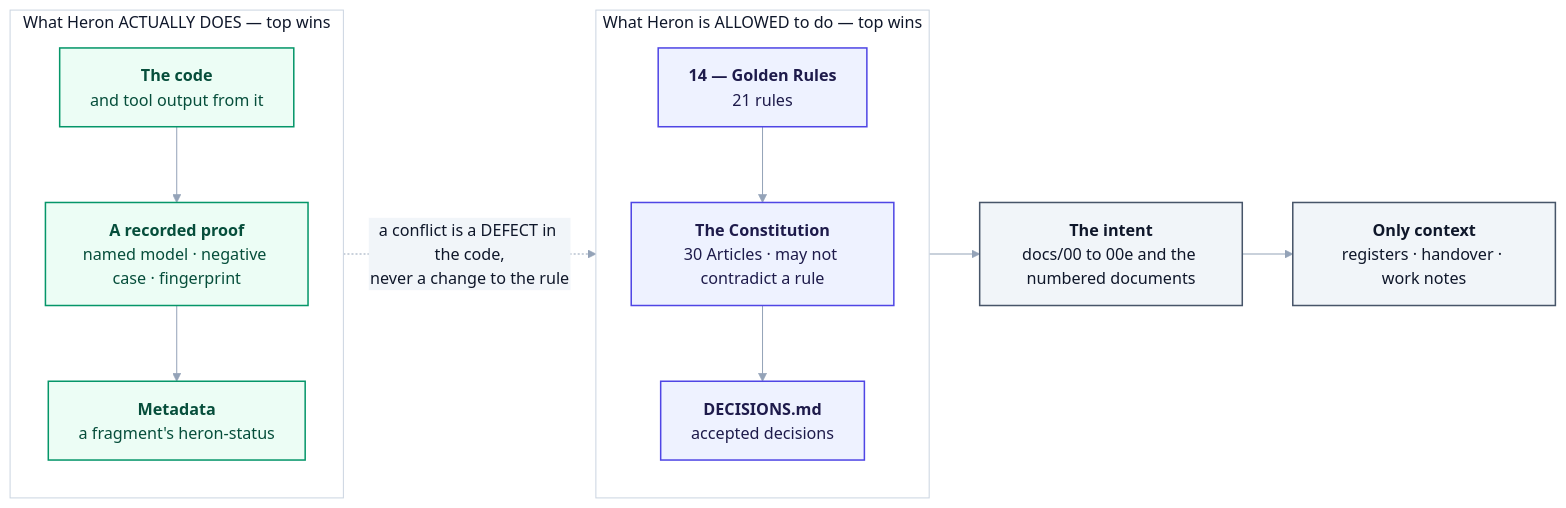
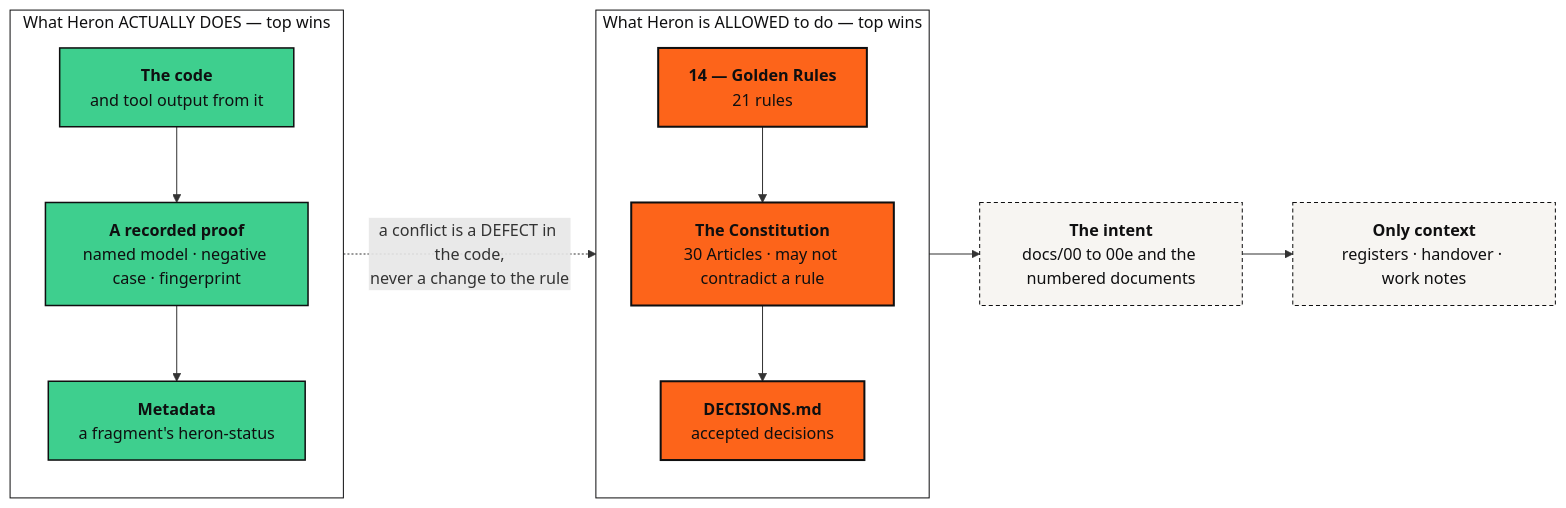
One commit to Ajmalpshaik/Heron-AI changed the third of 3 diagrams in docs/PROJECT-MAP.md. Above: the diagram before and after it, drawn with Mermaid. The commit also changed other lines of this file and 13 other files, not shown here.

First line of the commit message:
Docs: README becomes a landing page; short linked guide pages with brand diagrams

````diff
--- a/docs/PROJECT-MAP.md
+++ b/docs/PROJECT-MAP.md
@@ -217,31 +260,30 @@
 ```mermaid
-%%{init: {"themeVariables": {"edgeLabelBackground":"#F1F5F9","lineColor":"#94A3B8","textColor":"#0F172A","tertiaryTextColor":"#0F172A"}}}%%
 flowchart LR
     subgraph AL ["What Heron is ALLOWED to do — top wins"]
         direction TB
         GR["<b>14 — Golden Rules</b><br/>21 rules"]
         CO["<b>The Constitution</b><br/>30 Articles · may not contradict a rule"]
         DE["<b>DECISIONS.md</b><br/>accepted decisions"]
         GR --> CO --> DE
     end
     subgraph AC ["What Heron ACTUALLY DOES — top wins"]
         direction TB
         CD["<b>The code</b><br/>and tool output from it"]
         PF["<b>A recorded proof</b><br/>named model · negative case · fingerprint"]
         MD["<b>Metadata</b><br/>a fragment's heron-status"]
         CD --> PF --> MD
     end
     IN["<b>The intent</b><br/>docs/00 to 00e and the numbered documents"]
     CX["<b>Only context</b><br/>registers · handover · work notes"]
     DE --> IN --> CX
     CD -.->|"a conflict is a DEFECT in the code,<br/>never a change to the rule"| AL
 
-    classDef host fill:#EEF2FF,stroke:#4F46E5,stroke-width:1.5px,color:#1E1B4B
-    classDef brain fill:#ECFDF5,stroke:#059669,stroke-width:1.5px,color:#064E3B
-    classDef user fill:#F1F5F9,stroke:#475569,stroke-width:1.5px,color:#0F172A
-    class GR,CO,DE host
-    class CD,PF,MD brain
-    class IN,CX user
-    style AL fill:#FFFFFF,stroke:#CBD5E1,color:#0F172A
-    style AC fill:#FFFFFF,stroke:#CBD5E1,color:#0F172A
+    classDef heron fill:#FD641A,stroke:#0F0F10,stroke-width:2px,color:#0F0F10
+    classDef good fill:#3ECF8E,stroke:#0F0F10,stroke-width:1.5px,color:#0F0F10
+    classDef quiet fill:#F7F5F2,stroke:#0F0F10,stroke-width:1px,color:#0F0F10,stroke-dasharray:4 3
+    class GR,CO,DE heron
+    class CD,PF,MD good
+    class IN,CX quiet
+    style AL fill:#FFFFFF,stroke:#0F0F10,color:#0F0F10
+    style AC fill:#FFFFFF,stroke:#0F0F10,color:#0F0F10
 ```
````
